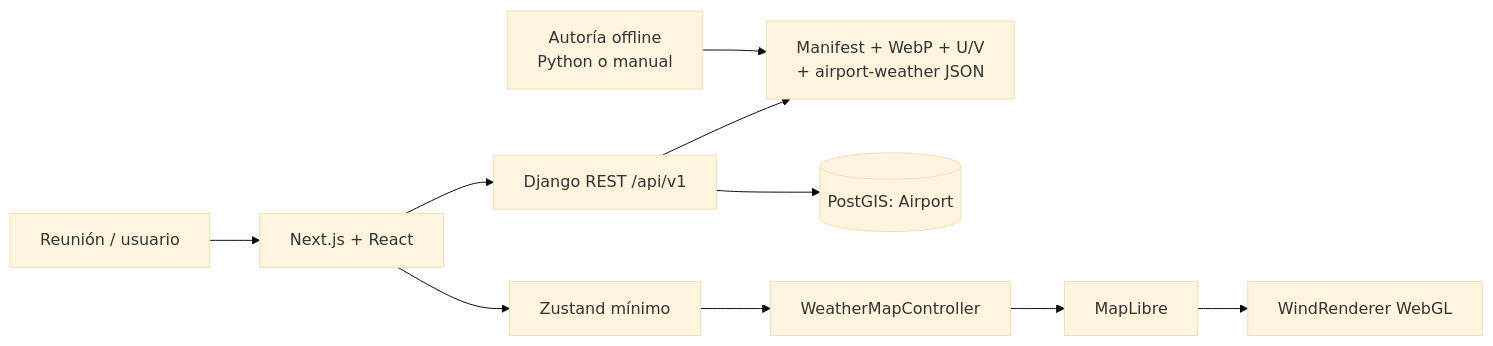
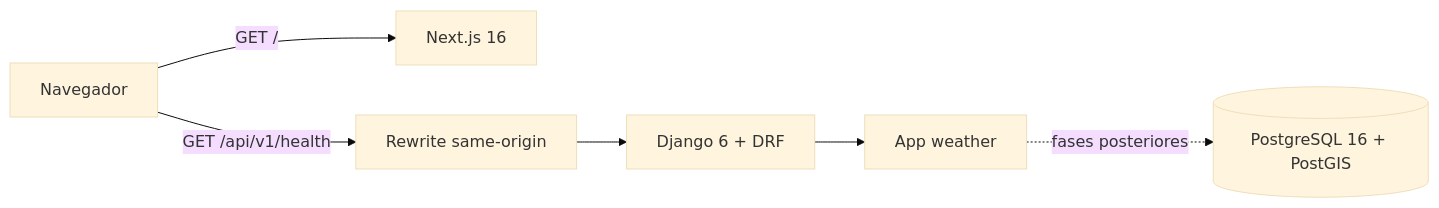
The first of 2 diagrams in docs/methodology/architecture.md (carlos18bp/aviation_weather_viewer_project), drawn with Mermaid (base theme) before and after one commit. The commit also changed other lines of this file and 282 other files, not shown here.

````diff
--- a/docs/methodology/architecture.md
+++ b/docs/methodology/architecture.md
@@ -8,12 +10,8 @@
 ```mermaid
 flowchart LR
-    G[Autoría offline<br/>Python o manual] --> F
-    U[Reunión / usuario] --> N[Next.js + React]
-    N --> S[Zustand mínimo]
-    S --> C[WeatherMapController]
-    C --> M[MapLibre]
-    M --> W[WindRenderer WebGL]
-    N --> A[Django REST /api/v1]
-    A --> P[(PostGIS: Airport)]
-    A --> F[Manifest + WebP + U/V<br/>+ airport-weather JSON]
+    Browser[Navegador] -->|GET /| Next[Next.js 16]
+    Browser -->|GET /api/v1/health| Rewrite[Rewrite same-origin]
+    Rewrite --> Django[Django 6 + DRF]
+    Django --> Weather[App weather]
+    Weather -. fases posteriores .-> PostGIS[(PostgreSQL 16 + PostGIS)]
 ```
````
